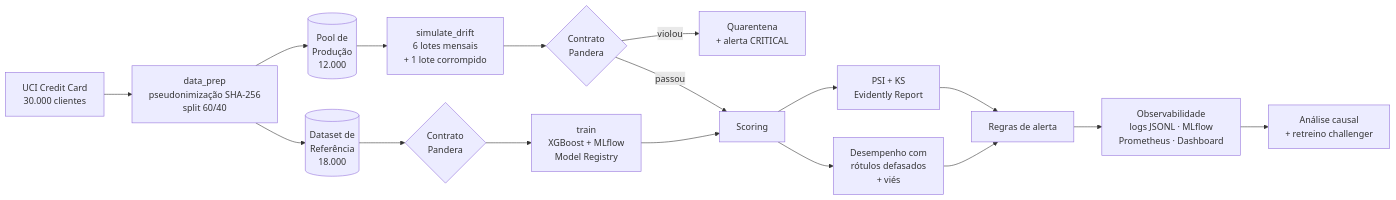
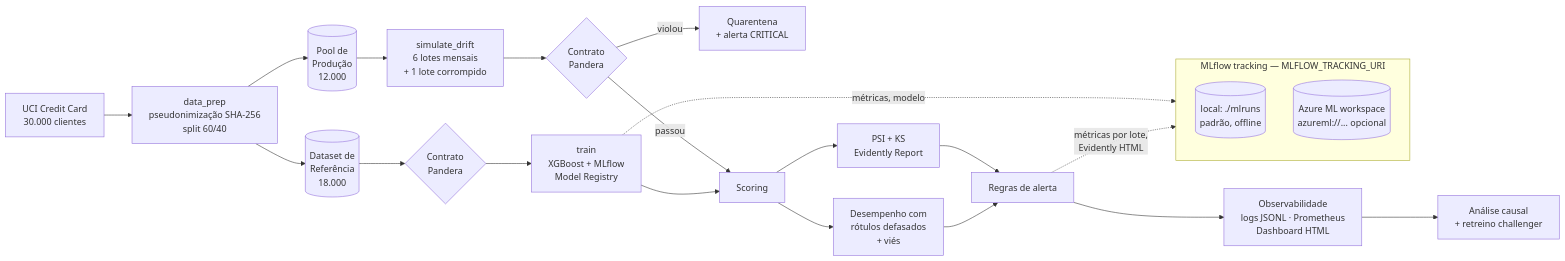
The first of 2 diagrams in README.md (Luizlfc/tech-challenge-fase4), drawn with Mermaid before and after one commit. The commit also changed other lines of this file and 1 other file, not shown here.

Commit message:
docs: README com execução local x Azure, métricas do MLflow e roteiro do vídeo atualizado

````diff
--- a/README.md
+++ b/README.md
@@ -22,19 +23,26 @@
 ```mermaid
 flowchart LR
     A[UCI Credit Card<br/>30.000 clientes] --> B[data_prep<br/>pseudonimização SHA-256<br/>split 60/40]
     B --> R[(Dataset de<br/>Referência<br/>18.000)]
     B --> P[(Pool de<br/>Produção<br/>12.000)]
     R --> C1{Contrato<br/>Pandera}
     C1 --> T[train<br/>XGBoost + MLflow<br/>Model Registry]
     P --> S[simulate_drift<br/>6 lotes mensais<br/>+ 1 lote corrompido]
     S --> C2{Contrato<br/>Pandera}
     C2 -- violou --> Q[Quarentena<br/>+ alerta CRITICAL]
     C2 -- passou --> SC[Scoring]
     T --> SC
     SC --> D[PSI + KS<br/>Evidently Report]
     SC --> PF[Desempenho com<br/>rótulos defasados<br/>+ viés]
     D --> AL[Regras de alerta]
     PF --> AL
-    AL --> O[Observabilidade<br/>logs JSONL · MLflow<br/>Prometheus · Dashboard]
+    AL --> O[Observabilidade<br/>logs JSONL · Prometheus<br/>Dashboard HTML]
     O --> CA[Análise causal<br/>+ retreino challenger]
+    T -. métricas, modelo .-> ML
+    AL -. métricas por lote,<br/>Evidently HTML .-> ML
+    subgraph ML [MLflow tracking — MLFLOW_TRACKING_URI]
+      direction TB
+      L[(local: ./mlruns<br/>padrão, offline)]
+      AZ[(Azure ML workspace<br/>azureml://... opcional)]
+    end
 ```
````
